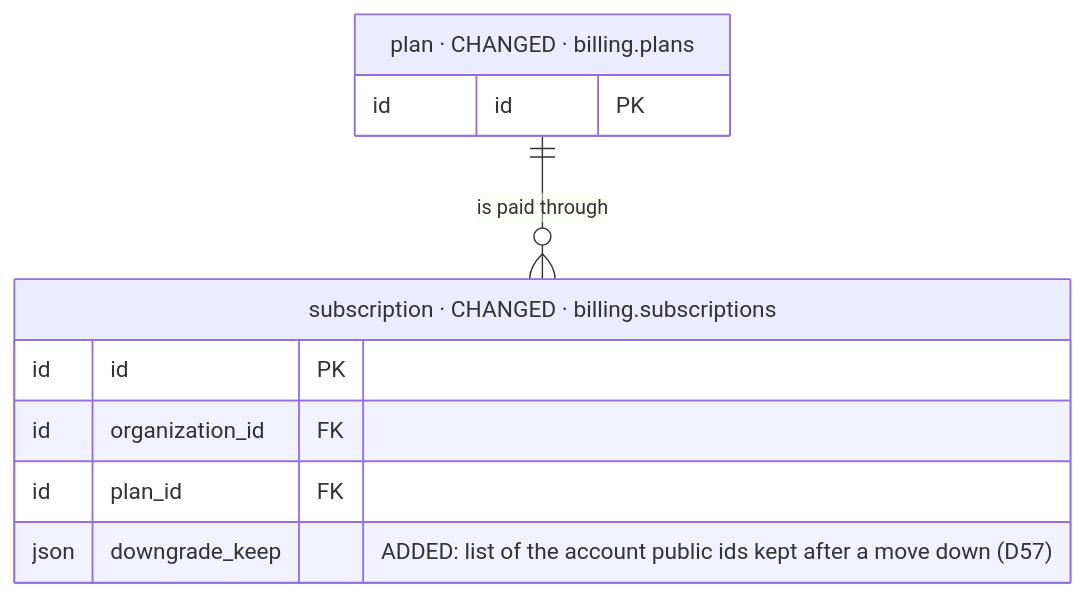
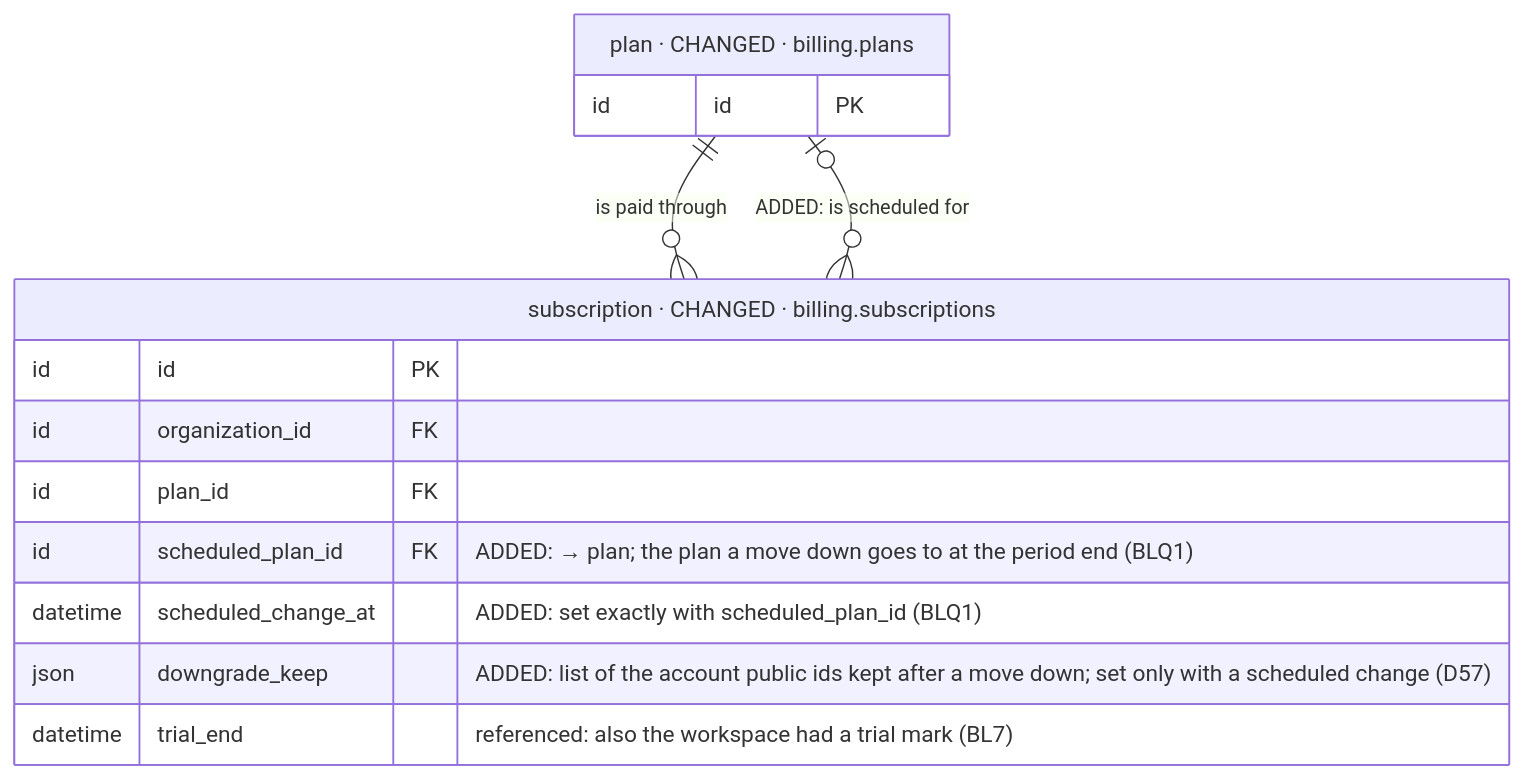
Diagram 32 of 39 in iterations/feat-instagram-dm-sending-2026-11-23-oxak/plans/db-changes.md (albetrios/meepzo-be), drawn with Mermaid before and after one commit. The commit also changed other lines of this file and 2 other files, not shown here.

````diff
--- a/iterations/feat-instagram-dm-sending-2026-11-23-oxak/plans/db-changes.md
+++ b/iterations/feat-instagram-dm-sending-2026-11-23-oxak/plans/db-changes.md
@@ -1386,13 +1433,17 @@
 ```mermaid
 erDiagram
   subscription["subscription · CHANGED · billing.subscriptions"] {
     id id PK
     id organization_id FK
     id plan_id FK
-    json downgrade_keep "ADDED: list of the account public ids kept after a move down (D57)"
+    id scheduled_plan_id FK "ADDED: → plan; the plan a move down goes to at the period end (BLQ1)"
+    datetime scheduled_change_at "ADDED: set exactly with scheduled_plan_id (BLQ1)"
+    json downgrade_keep "ADDED: list of the account public ids kept after a move down; set only with a scheduled change (D57)"
+    datetime trial_end "referenced: also the workspace had a trial mark (BL7)"
   }
   plan["plan · CHANGED · billing.plans"] {
     id id PK
   }
   plan ||--o{ subscription : "is paid through"
+  plan |o--o{ subscription : "ADDED: is scheduled for"
 ```
````
